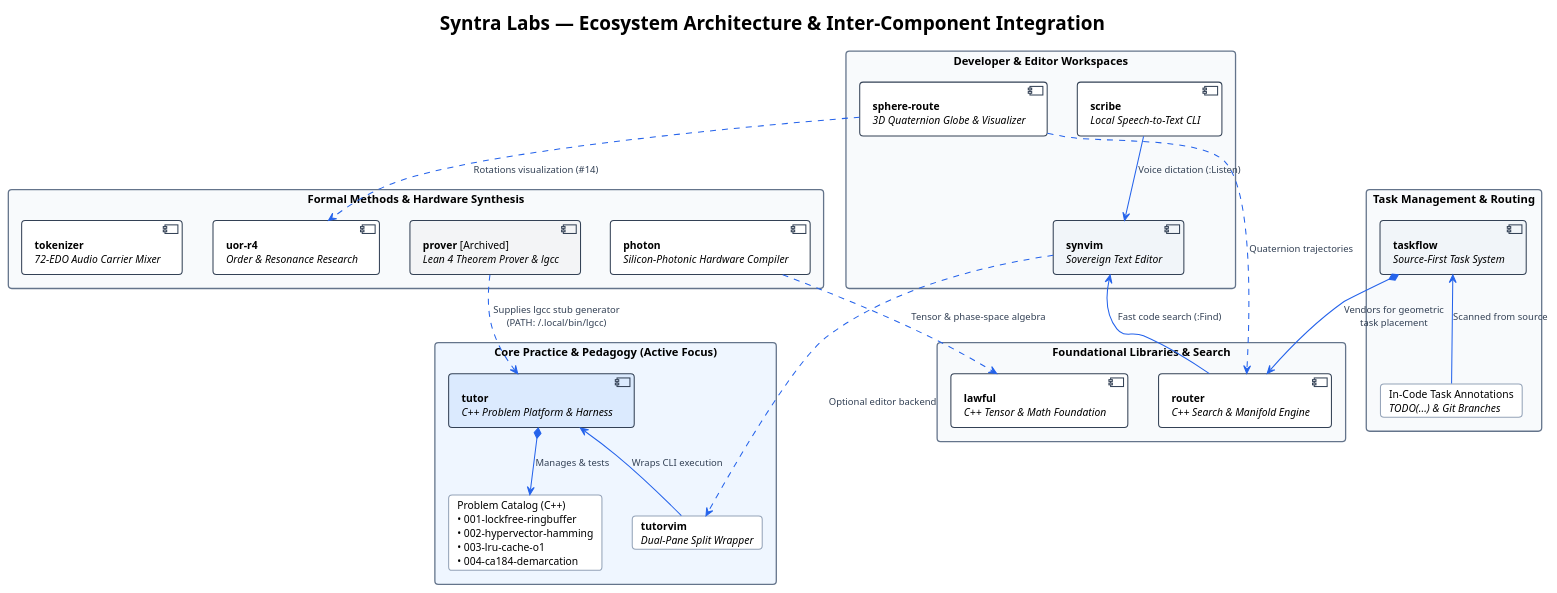
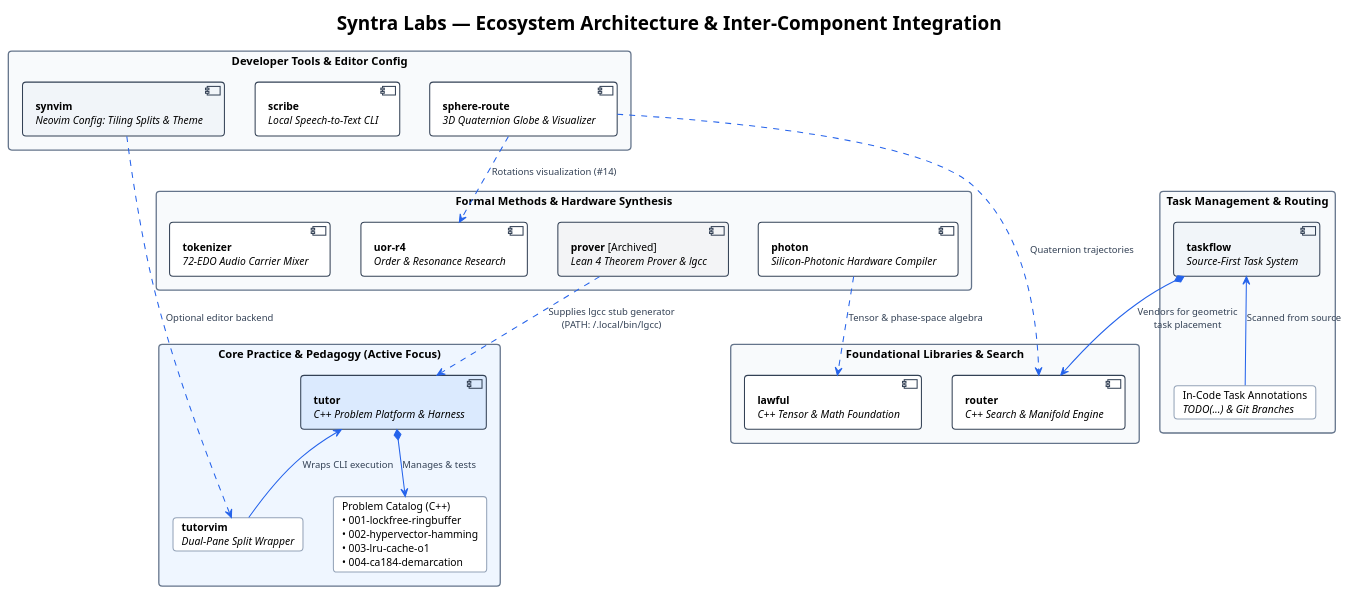
One commit to Syntra-Labs/.github changed the diagram in docs/architecture/syntra_ecosystem.puml. Above: the diagram before and after it, drawn with PlantUML. The commit also changed 5 other files, not shown here.

Commit message:
docs: accurately describe synvim as neovim tiling/theme config without voice or search

```diff
--- a/docs/architecture/syntra_ecosystem.puml
+++ b/docs/architecture/syntra_ecosystem.puml
@@ -1,85 +1,83 @@
 @startuml syntra_ecosystem
 !theme plain
 skinparam backgroundColor #FFFFFF
 skinparam defaultFontName "Helvetica, Arial, sans-serif"
 skinparam defaultFontSize 12
 skinparam roundCorner 8
 skinparam shadowing false
 skinparam packageStyle rectangle
 
 skinparam rectangle {
     BackgroundColor #F8FAFC
     BorderColor #64748B
     BorderThickness 1.5
     FontSize 13
     FontStyle bold
 }
 
 skinparam card {
     BackgroundColor #FFFFFF
     BorderColor #94A3B8
     BorderThickness 1.2
 }
 
 skinparam component {
     BackgroundColor #FFFFFF
     BorderColor #334155
     BorderThickness 1.2
 }
 
 skinparam arrow {
     Color #2563EB
     Thickness 1.2
     FontColor #334155
     FontSize 11
 }
 
 title **Syntra Labs — Ecosystem Architecture & Inter-Component Integration**
 
-package "Developer & Editor Workspaces" as DevTier {
-    component "**synvim**\n//Sovereign Text Editor//" as Synvim #F1F5F9
+package "Developer Tools & Editor Config" as DevTier {
+    component "**synvim**\n//Neovim Config: Tiling Splits & Theme//" as Synvim #F1F5F9
     component "**scribe**\n//Local Speech-to-Text CLI//" as Scribe #FFFFFF
     component "**sphere-route**\n//3D Quaternion Globe & Visualizer//" as SphereRoute #FFFFFF
 }
 
 package "Core Practice & Pedagogy (Active Focus)" as PracticeTier #EFF6FF {
     component "**tutor**\n//C++ Problem Platform & Harness//" as Tutor #DBEAFE
     card "Problem Catalog (C++)\n• 001-lockfree-ringbuffer\n• 002-hypervector-hamming\n• 003-lru-cache-o1\n• 004-ca184-demarcation" as Catalog #FFFFFF
     card "**tutorvim**\n//Dual-Pane Split Wrapper//" as TutorVim #FFFFFF
 }
 
 package "Task Management & Routing" as TaskTier {
     component "**taskflow**\n//Source-First Task System//" as Taskflow #F1F5F9
     card "In-Code Task Annotations\n//TODO(...) & Git Branches//" as TaskSpecs #FFFFFF
 }
 
 package "Foundational Libraries & Search" as LibTier {
     component "**router**\n//C++ Search & Manifold Engine//" as Router #FFFFFF
     component "**lawful**\n//C++ Tensor & Math Foundation//" as Lawful #FFFFFF
 }
 
 package "Formal Methods & Hardware Synthesis" as FormalTier #F8FAFC {
     component "**photon**\n//Silicon-Photonic Hardware Compiler//" as Photon #FFFFFF
     component "**prover** [Archived]\n//Lean 4 Theorem Prover & lgcc//" as Prover #F3F4F6
     component "**uor-r4**\n//Order & Resonance Research//" as UorR4 #FFFFFF
     component "**tokenizer**\n//72-EDO Audio Carrier Mixer//" as Tokenizer #FFFFFF
 }
 
 ' Connections
-Scribe -down-> Synvim : "Voice dictation (:Listen)"
-Router -up-> Synvim : "Fast code search (:Find)"
 Synvim .right.> TutorVim : "Optional editor backend"
 
 Tutor *-down-> Catalog : "Manages & tests"
 TutorVim -up-> Tutor : "Wraps CLI execution"
 
 Taskflow *-down-> Router : "Vendors for geometric\ntask placement"
 TaskSpecs -up-> Taskflow : "Scanned from source"
 
 Prover ..> Tutor : "Supplies lgcc stub generator\n(PATH: ~/.local/bin/lgcc)"
 
 Photon ..> Lawful : "Tensor & phase-space algebra"
 SphereRoute ..> Router : "Quaternion trajectories"
 SphereRoute ..> UorR4 : "Rotations visualization (#14)"
 
 @enduml
```
